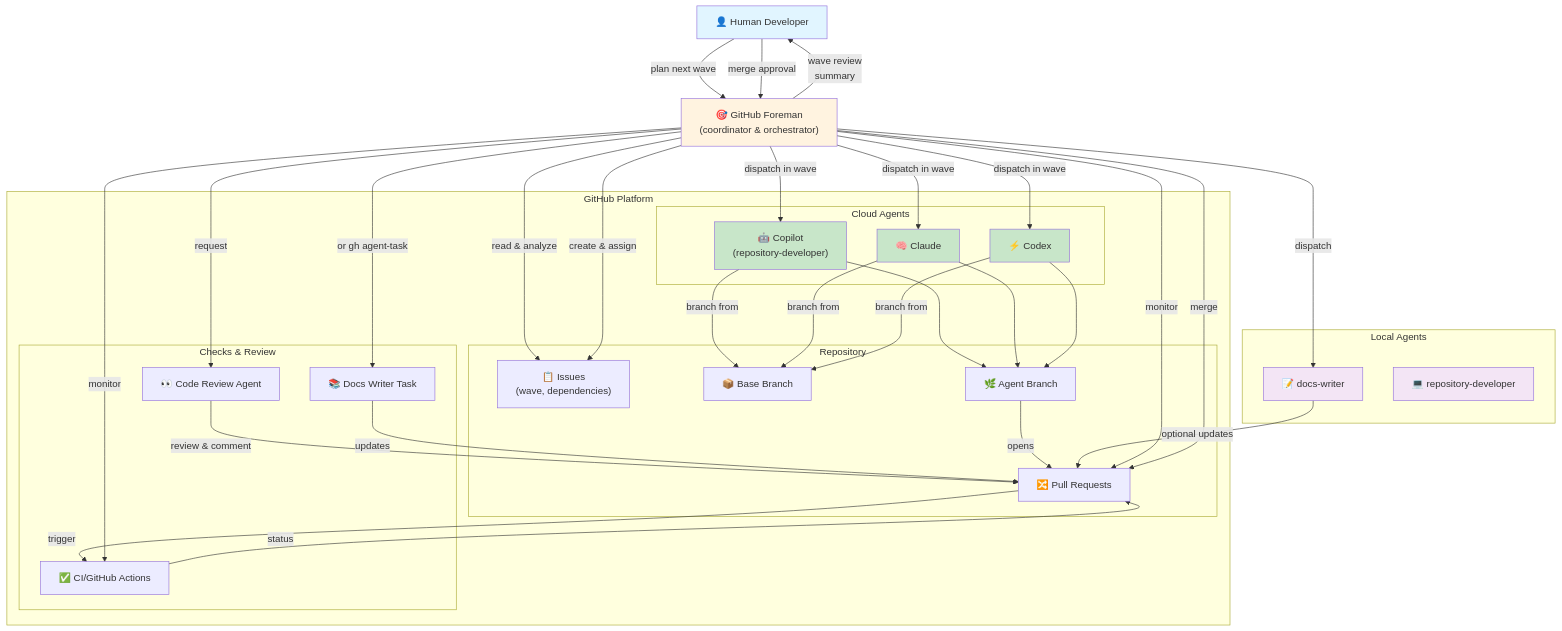
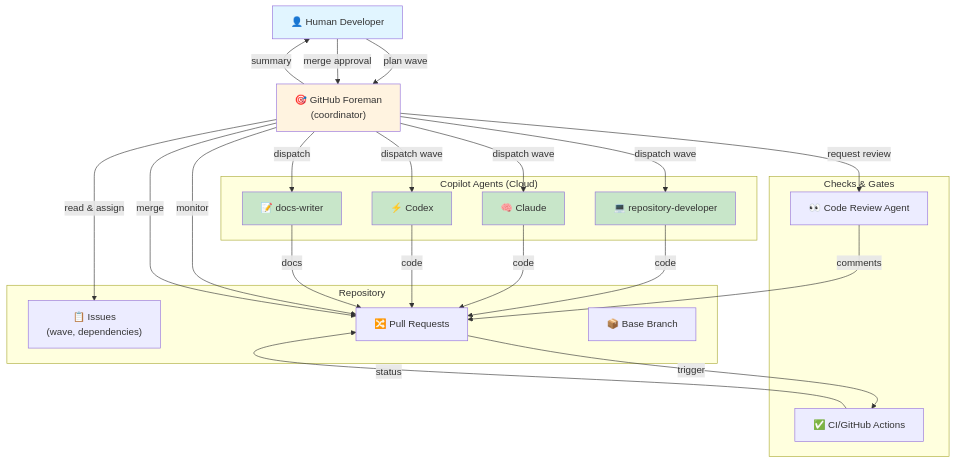
The first of 2 diagrams in README.md (ewega/github-foreman), drawn with Mermaid before and after one commit.

Commit message:
Simplify interaction model - clarify agents as Copilot Cloud
- Remove unnecessary nesting and local agents distinction
- Consolidate all agents (repository-developer, Claude, Codex, docs-writer) as Copilot Agents (Cloud)
- Clean up repository and checks/gates bubbles
- Simplified flow: plan → read/assign → dispatch → code → review → docs → CI → merge
- Remove branching details (implicit in wave dispatch)
- Focus on key workflow steps, not implementation details

````diff
--- a/README.md
+++ b/README.md
@@ -70,71 +70,54 @@
 ```mermaid
 graph TB
     H["👤 Human Developer"]
-    F["🎯 GitHub Foreman<br/>(coordinator & orchestrator)"]
+    F["🎯 GitHub Foreman<br/>(coordinator)"]
     
-    subgraph local["Local Agents"]
-        DW["📝 docs-writer"]
-        RD["💻 repository-developer"]
+    subgraph repo["Repository"]
+        Issues["📋 Issues<br/>(wave, dependencies)"]
+        PRs["🔀 Pull Requests"]
+        Base["📦 Base Branch"]
     end
     
-    subgraph gh["GitHub Platform"]
-        subgraph repo["Repository"]
-            Issues["📋 Issues<br/>(wave, dependencies)"]
-            PRs["🔀 Pull Requests"]
-            Base["📦 Base Branch"]
-            Agent_Branch["🌿 Agent Branch"]
-        end
-        
-        subgraph checks["Checks & Review"]
-            CI["✅ CI/GitHub Actions"]
-            CodeReview["👀 Code Review Agent"]
-            DocsCheck["📚 Docs Writer Task"]
-        end
-        
-        subgraph agents_cloud["Cloud Agents"]
-            Copilot["🤖 Copilot<br/>(repository-developer)"]
-            Claude["🧠 Claude"]
-            Codex["⚡ Codex"]
-        end
+    subgraph agents["Copilot Agents (Cloud)"]
+        RD["💻 repository-developer"]
+        Claude["🧠 Claude"]
+        Codex["⚡ Codex"]
+        DW["📝 docs-writer"]
     end
     
-    H -->|"plan next wave"| F
-    F -->|"read & analyze"| Issues
-    F -->|"create & assign"| Issues
-    F -->|"dispatch in wave"| Copilot
-    F -->|"dispatch in wave"| Claude
-    F -->|"dispatch in wave"| Codex
+    subgraph gates["Checks & Gates"]
+        CodeReview["👀 Code Review Agent"]
+        CI["✅ CI/GitHub Actions"]
+    end
     
-    Copilot -->|"branch from"| Base
-    Claude -->|"branch from"| Base
-    Codex -->|"branch from"| Base
-    Copilot --> Agent_Branch
-    Claude --> Agent_Branch
-    Codex --> Agent_Branch
+    H -->|"plan wave"| F
+    F -->|"read & assign"| Issues
+    F -->|"dispatch wave"| RD
+    F -->|"dispatch wave"| Claude
+    F -->|"dispatch wave"| Codex
     
-    Agent_Branch -->|"opens"| PRs
-    F -->|"request"| CodeReview
-    CodeReview -->|"review & comment"| PRs
+    RD -->|"code"| PRs
+    Claude -->|"code"| PRs
+    Codex -->|"code"| PRs
+    
+    F -->|"request review"| CodeReview
+    CodeReview -->|"comments"| PRs
     
     F -->|"dispatch"| DW
-    DW -->|"optional updates"| PRs
-    F -->|"or gh agent-task"| DocsCheck
-    DocsCheck -->|"updates"| PRs
+    DW -->|"docs"| PRs
     
     PRs -->|"trigger"| CI
     CI -->|"status"| PRs
     F -->|"monitor"| PRs
-    F -->|"monitor"| CI
     
-    F -->|"wave review<br/>summary"| H
+    F -->|"summary"| H
     H -->|"merge approval"| F
     F -->|"merge"| PRs
     
     style H fill:#e1f5ff
     style F fill:#fff3e0
-    style DW fill:#f3e5f5
-    style RD fill:#f3e5f5
-    style Copilot fill:#c8e6c9
+    style RD fill:#c8e6c9
     style Claude fill:#c8e6c9
     style Codex fill:#c8e6c9
+    style DW fill:#c8e6c9
 ```
````
